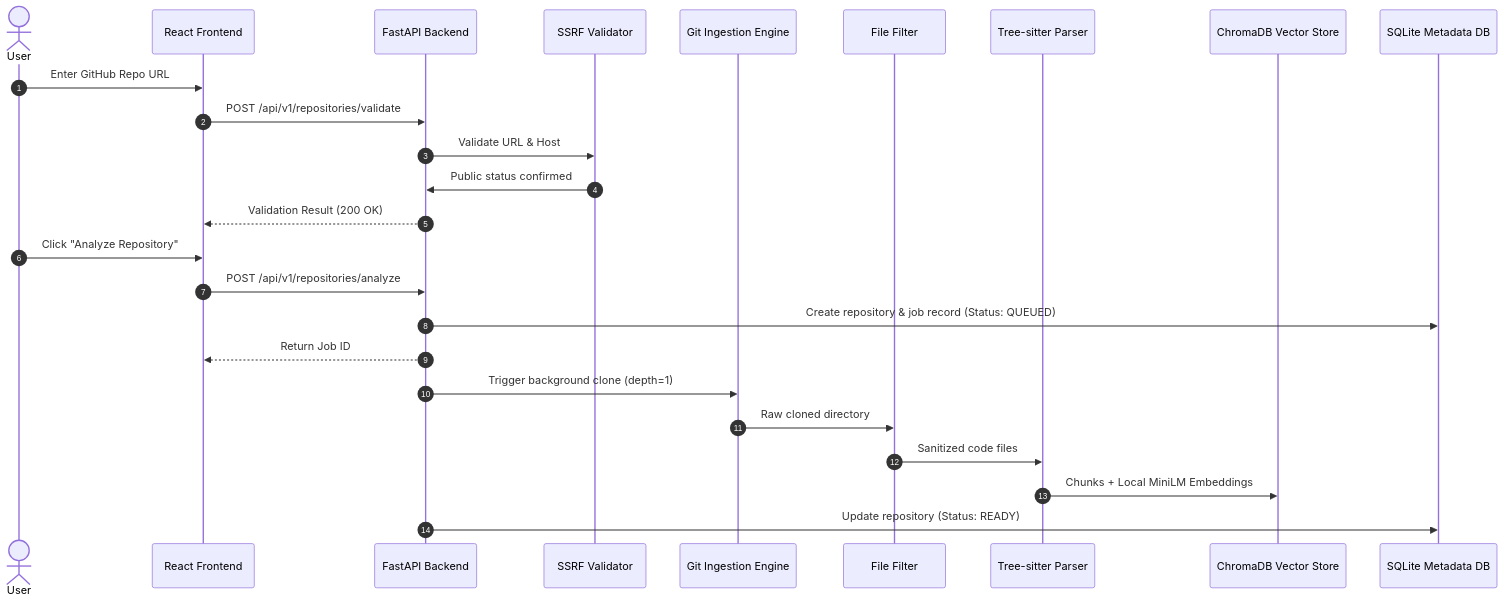
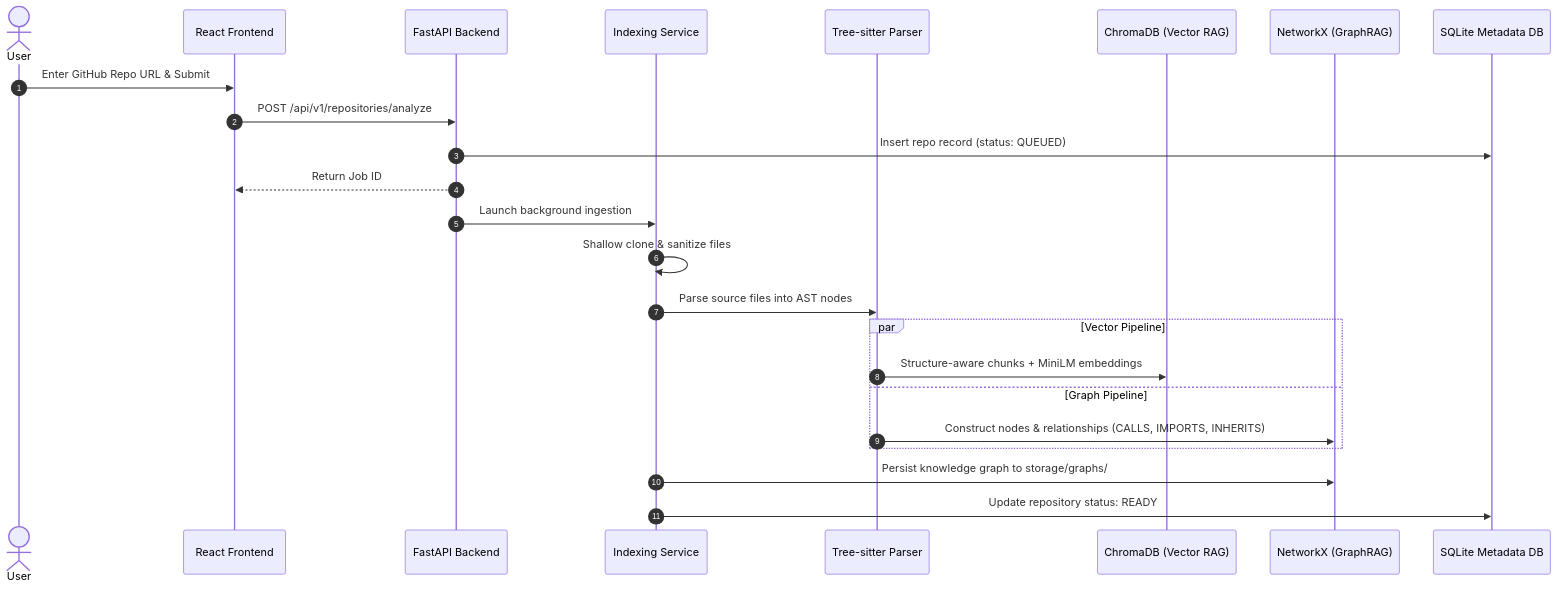
Before and after one commit to Sudeepa110/RepoMind: the first of 2 diagrams in docs/DATA_FLOW.md, drawn with Mermaid. The commit also changed other lines of this file and 29 other files, not shown here.

Commit message:
docs & arch: update architecture to Hybrid Vector RAG + GraphRAG

````diff
--- a/docs/DATA_FLOW.md
+++ b/docs/DATA_FLOW.md
@@ -5,30 +5,30 @@
 ```mermaid
 sequenceDiagram
     autonumber
     actor User
     participant Frontend as React Frontend
     participant API as FastAPI Backend
-    participant Validator as SSRF Validator
-    participant Cloner as Git Ingestion Engine
-    participant Filter as File Filter
-    participant Parser as Tree-sitter Parser
-    participant Chroma as ChromaDB Vector Store
+    participant Worker as Indexing Service
+    participant TreeSitter as Tree-sitter Parser
+    participant Chroma as ChromaDB (Vector RAG)
+    participant Graph as NetworkX (GraphRAG)
     participant SQLite as SQLite Metadata DB
 
-    User->>Frontend: Enter GitHub Repo URL
-    Frontend->>API: POST /api/v1/repositories/validate
-    API->>Validator: Validate URL & Host
-    Validator->>API: Public status confirmed
-    API-->>Frontend: Validation Result (200 OK)
-    
-    User->>Frontend: Click "Analyze Repository"
+    User->>Frontend: Enter GitHub Repo URL & Submit
     Frontend->>API: POST /api/v1/repositories/analyze
-    API->>SQLite: Create repository & job record (Status: QUEUED)
+    API->>SQLite: Insert repo record (status: QUEUED)
     API-->>Frontend: Return Job ID
     
-    API->>Cloner: Trigger background clone (depth=1)
-    Cloner->>Filter: Raw cloned directory
-    Filter->>Parser: Sanitized code files
-    Parser->>Chroma: Chunks + Local MiniLM Embeddings
-    API->>SQLite: Update repository (Status: READY)
+    API->>Worker: Launch background ingestion
+    Worker->>Worker: Shallow clone & sanitize files
+    Worker->>TreeSitter: Parse source files into AST nodes
+    
+    par Vector Pipeline
+        TreeSitter->>Chroma: Structure-aware chunks + MiniLM embeddings
+    and Graph Pipeline
+        TreeSitter->>Graph: Construct nodes & relationships (CALLS, IMPORTS, INHERITS)
+    end
+    
+    Worker->>Graph: Persist knowledge graph to storage/graphs/
+    Worker->>SQLite: Update repository status: READY
 ```
````
